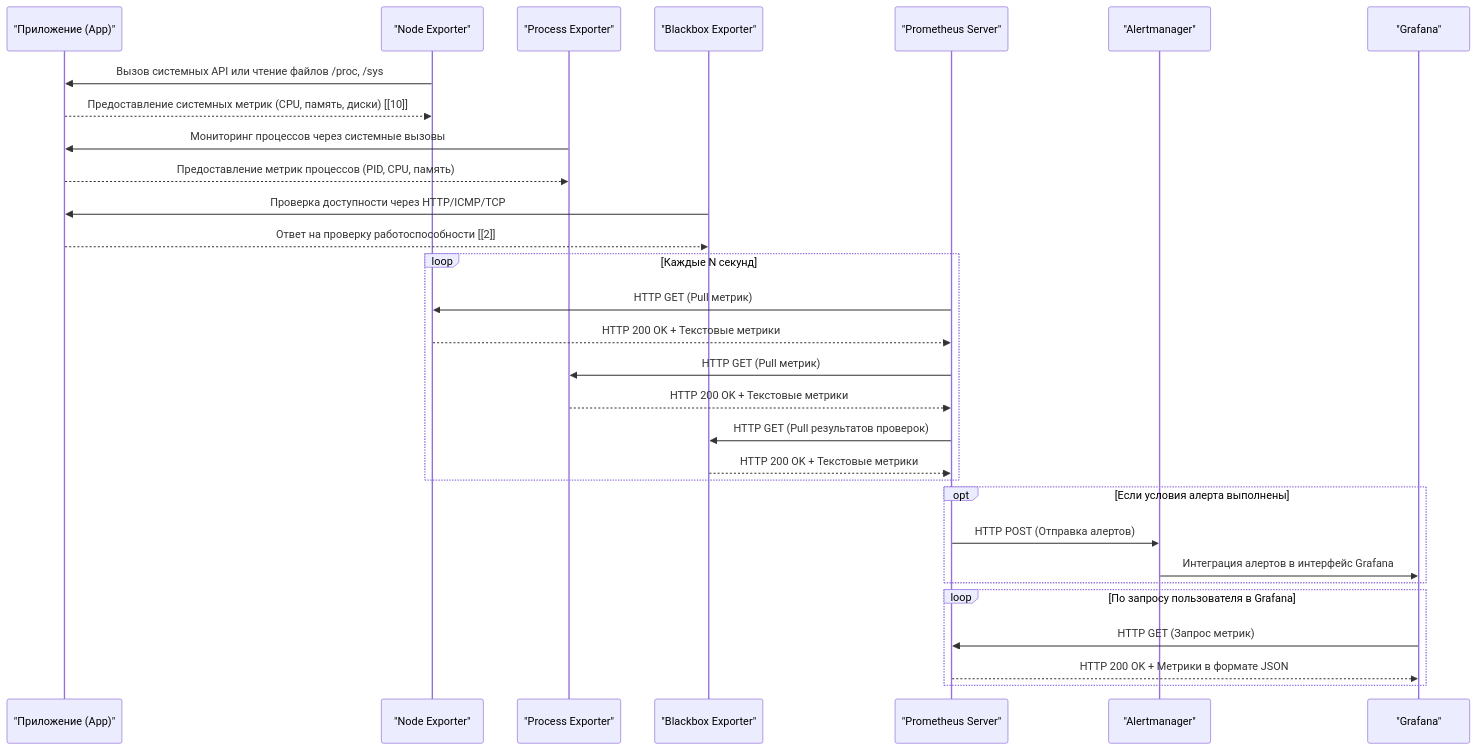
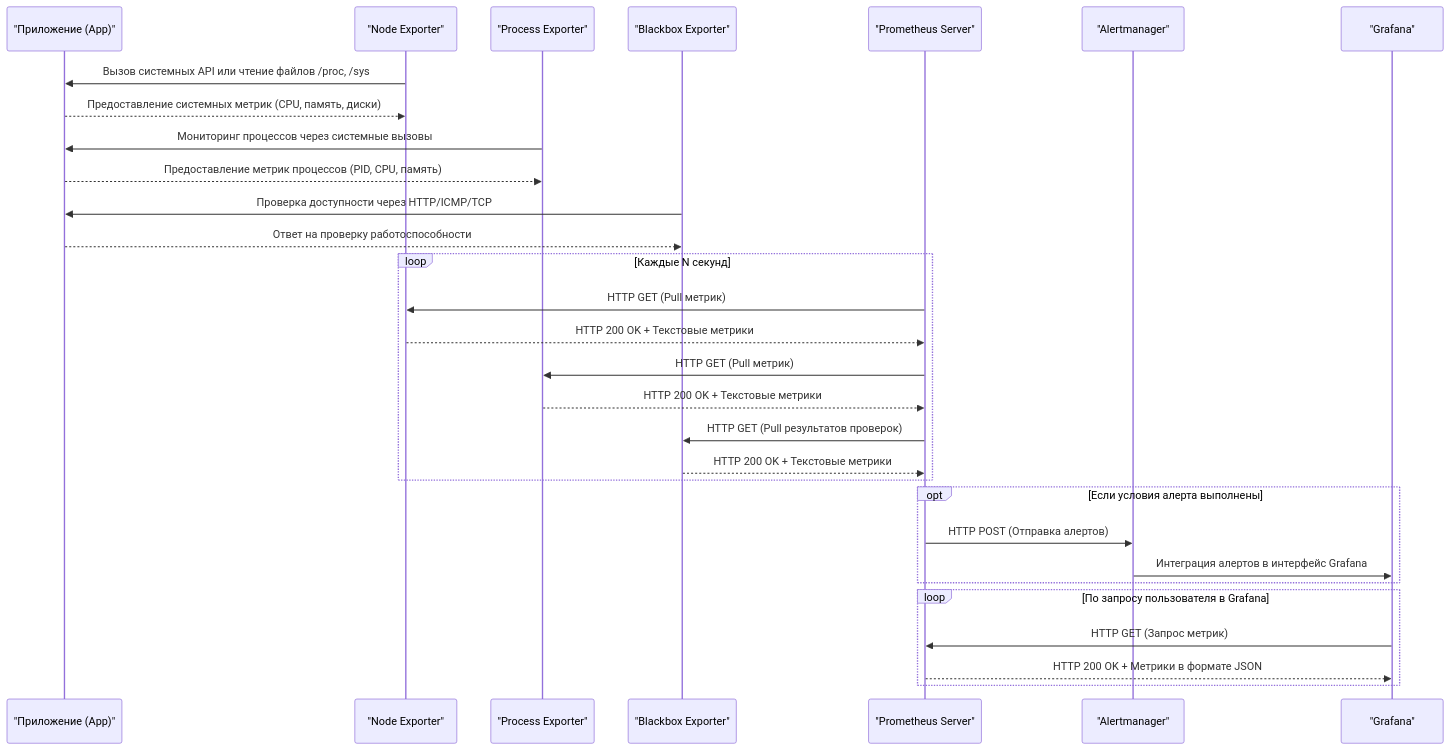
The third of 3 diagrams in prometheus/beginning/1. Введение (Основы Prometheus).md (lamjob1993/linux-monitoring), drawn with Mermaid before and after one commit. The commit also changed other lines of this file, not shown here.

Commit message:
Update 1. Введение (Основы Prometheus).md

````diff
--- a/prometheus/beginning/1. Введение (Основы Prometheus).md
+++ b/prometheus/beginning/1. Введение (Основы Prometheus).md
@@ -168,40 +168,40 @@
 ```mermaid
 sequenceDiagram
     participant App as "Приложение (App)"
     participant NodeExporter as "Node Exporter"
     participant ProcessExporter as "Process Exporter"
     participant BlackboxExporter as "Blackbox Exporter"
     participant Prometheus as "Prometheus Server"
     participant Alertmanager as "Alertmanager"
     participant Grafana as "Grafana"
 
     NodeExporter->>App: Вызов системных API или чтение файлов /proc, /sys
-    App-->>NodeExporter: Предоставление системных метрик (CPU, память, диски) [[10]]
+    App-->>NodeExporter: Предоставление системных метрик (CPU, память, диски)
 
     ProcessExporter->>App: Мониторинг процессов через системные вызовы
     App-->>ProcessExporter: Предоставление метрик процессов (PID, CPU, память)
 
     BlackboxExporter->>App: Проверка доступности через HTTP/ICMP/TCP
-    App-->>BlackboxExporter: Ответ на проверку работоспособности [[2]]
+    App-->>BlackboxExporter: Ответ на проверку работоспособности
 
     loop Каждые N секунд
         Prometheus->>NodeExporter: HTTP GET (Pull метрик)
         NodeExporter-->>Prometheus: HTTP 200 OK + Текстовые метрики
 
         Prometheus->>ProcessExporter: HTTP GET (Pull метрик)
         ProcessExporter-->>Prometheus: HTTP 200 OK + Текстовые метрики
 
         Prometheus->>BlackboxExporter: HTTP GET (Pull результатов проверок)
         BlackboxExporter-->>Prometheus: HTTP 200 OK + Текстовые метрики
     end
 
     opt Если условия алерта выполнены
         Prometheus->>Alertmanager: HTTP POST (Отправка алертов)
         Alertmanager->>Grafana: Интеграция алертов в интерфейс Grafana
     end
 
     loop По запросу пользователя в Grafana
         Grafana->>Prometheus: HTTP GET (Запрос метрик)
         Prometheus-->>Grafana: HTTP 200 OK + Метрики в формате JSON
     end
 ```
````
